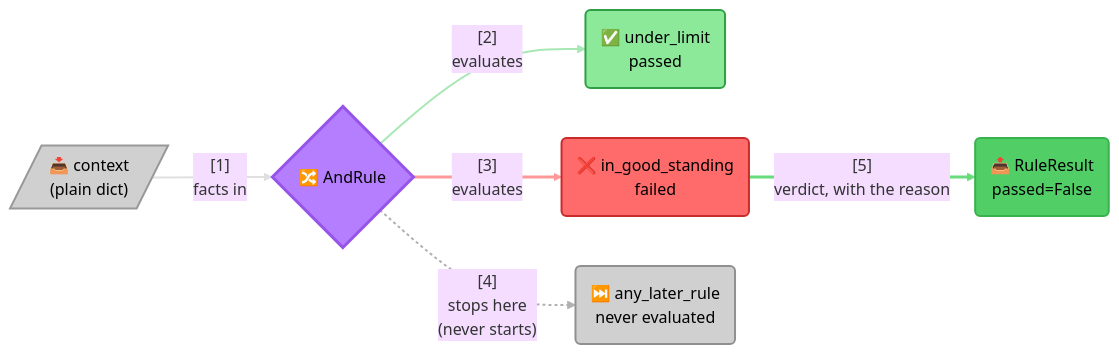
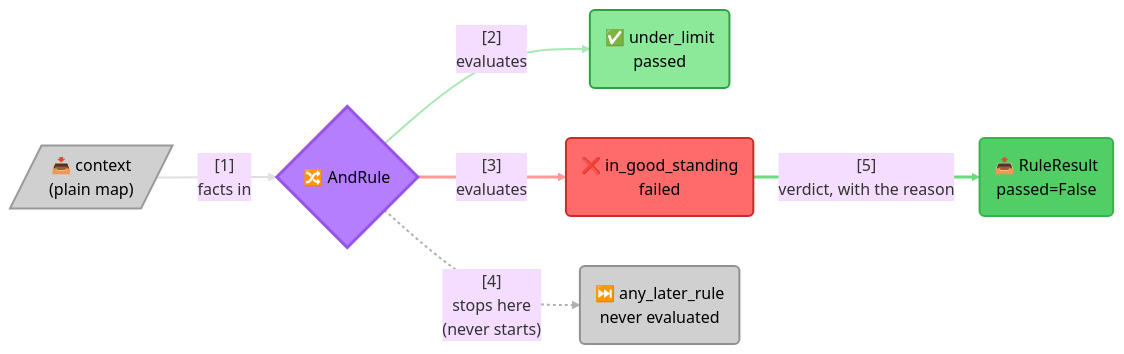
One commit to pawan-vyas/verdict-rules changed the diagram in README.md. Above: the diagram before and after it, drawn with Mermaid (base theme). The commit also changed other lines of this file and 1 other file, not shown here.

````diff
--- a/README.md
+++ b/README.md
@@ -60,39 +60,39 @@
 ```mermaid
 graph LR
-    Ctx[/"📥 context<br/>(plain dict)"/]
+    Ctx[/"📥 context<br/>(plain map)"/]
     Comp{"🔀 AndRule"}
     R1("✅ under_limit<br/>passed")
     R2("❌ in_good_standing<br/>failed")
     R3("⏭️ any_later_rule<br/>never evaluated")
     Out("📤 RuleResult<br/>passed=False")
 
     %% Link 0: context -> AndRule
     Ctx -->|"[1]<br/>facts in"| Comp
     %% Link 1: AndRule -> R1
     Comp -->|"[2]<br/>evaluates"| R1
     %% Link 2: AndRule -> R2
     Comp -->|"[3]<br/>evaluates"| R2
     %% Link 3: AndRule -> R3
     Comp -.->|"[4]<br/>stops here<br/>(never starts)"| R3
     %% Link 4: R2 -> Out
     R2 -->|"[5]<br/>verdict, with the reason"| Out
 
     style Ctx fill:#D0D0D0,stroke:#999999,stroke-width:2px,color:#000
     style Comp fill:#B47EFF,stroke:#9654E8,stroke-width:3px,color:#000
     style R1 fill:#8CE99A,stroke:#2F9E44,stroke-width:2px,color:#000
     style R2 fill:#FF6B6B,stroke:#C92A2A,stroke-width:2px,color:#000
     style R3 fill:#D0D0D0,stroke:#909090,stroke-width:2px,color:#000
     style Out fill:#51CF66,stroke:#37B24D,stroke-width:2px,color:#000
 
     %% Link Index:
-    %% 0: facts enter as a plain dict
+    %% 0: facts enter as a plain map
     %% 1: the first sub-rule is evaluated and passes
     %% 2: the second is evaluated and fails
     %% 3: everything after it is never started at all
     %% 4: the verdict carries which rule failed and why
     linkStyle 0 stroke:#E0E0E0,stroke-width:2px
     linkStyle 1 stroke:#A9E8B5,stroke-width:2px
     linkStyle 2 stroke:#FF9999,stroke-width:3px
     linkStyle 3 stroke:#B0B0B0,stroke-width:2px,stroke-dasharray:3 3
     linkStyle 4 stroke:#69DB7C,stroke-width:3px
 ```
````
